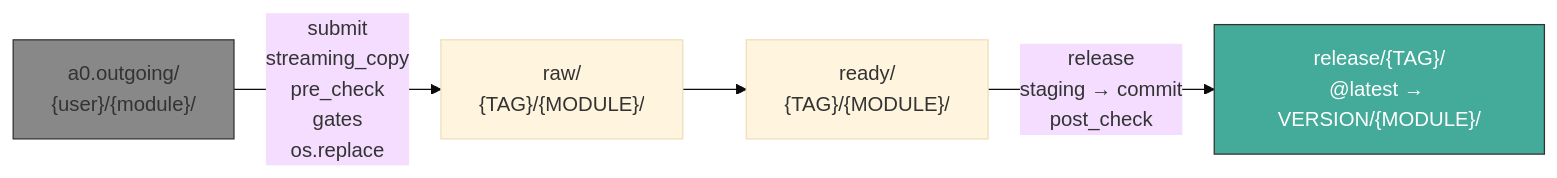
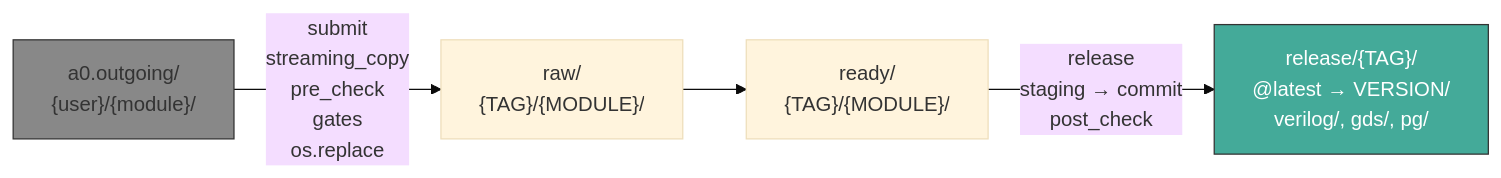
The second of 18 diagrams in docs/WORKFLOWS.md (winsight/ddm), drawn with Mermaid (base theme) before and after one commit. The commit also changed other lines of this file and 2 other files, not shown here.

First line of the commit message:
refactor: remove module subdirectory from release version level

````diff
--- a/docs/WORKFLOWS.md
+++ b/docs/WORKFLOWS.md
@@ -53,9 +53,9 @@
 ```mermaid
 flowchart LR
     A0["a0.outgoing/<br/>{user}/{module}/"] -->|"submit<br/>streaming_copy<br/>pre_check<br/>gates<br/>os.replace"| RAW
     RAW["raw/<br/>{TAG}/{MODULE}/"] --> READY
-    READY["ready/<br/>{TAG}/{MODULE}/"] -->|"release<br/>staging → commit<br/>post_check"| REL["release/{TAG}/<br/>@latest → VERSION/{MODULE}/"]
+    READY["ready/<br/>{TAG}/{MODULE}/"] -->|"release<br/>staging → commit<br/>post_check"| REL["release/{TAG}/<br/>@latest → VERSION/<br/>verilog/, gds/, pg/"]
 
     style A0 fill:#888,stroke:#333
     style REL fill:#4a9,stroke:#333,color:#fff
 ```
````
